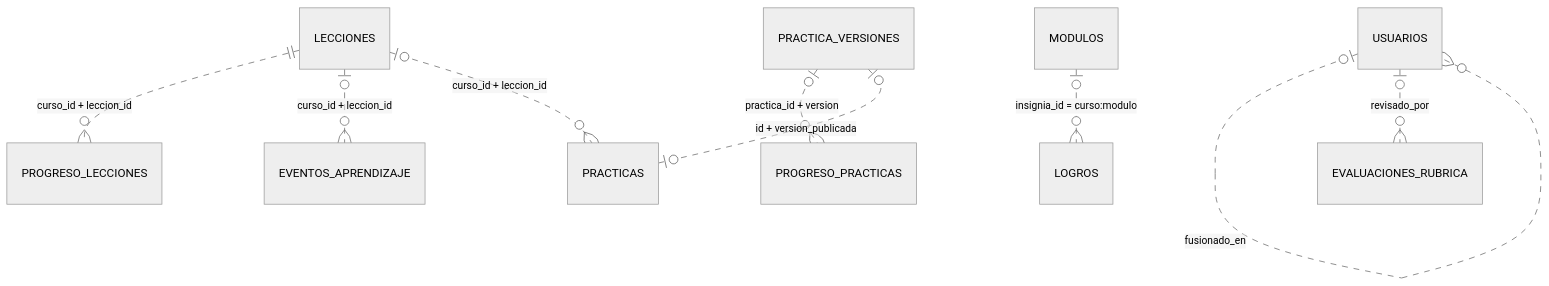
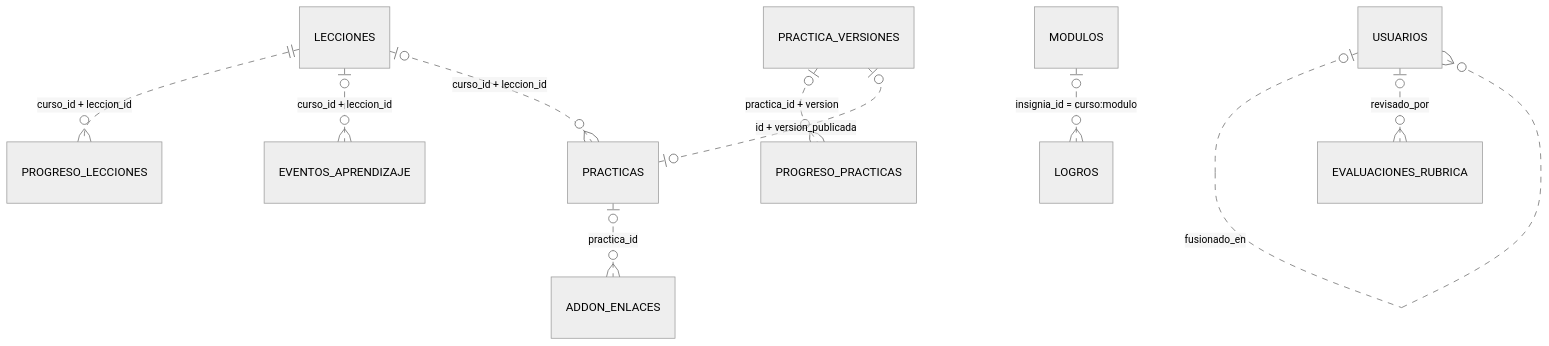
One commit to Maximiliano-cabello-mata/amatista changed the second of 2 diagrams in docs/base-de-datos/esquema.md. Above: the diagram before and after it, drawn with Mermaid (neutral theme). The commit also changed other lines of this file and 38 other files, not shown here.

````diff
--- a/docs/base-de-datos/esquema.md
+++ b/docs/base-de-datos/esquema.md
@@ -284,11 +310,12 @@
 ```mermaid
 erDiagram
     LECCIONES ||..o{ PROGRESO_LECCIONES : "curso_id + leccion_id"
     LECCIONES |o..o{ EVENTOS_APRENDIZAJE : "curso_id + leccion_id"
     LECCIONES |o..o{ PRACTICAS : "curso_id + leccion_id"
     USUARIOS |o..o{ USUARIOS : "fusionado_en"
     USUARIOS |o..o{ EVALUACIONES_RUBRICA : "revisado_por"
     PRACTICA_VERSIONES |o..o{ PROGRESO_PRACTICAS : "practica_id + version"
     PRACTICA_VERSIONES |o..o| PRACTICAS : "id + version_publicada"
     MODULOS |o..o{ LOGROS : "insignia_id = curso:modulo"
+    PRACTICAS |o..o{ ADDON_ENLACES : "practica_id"
 ```
````
